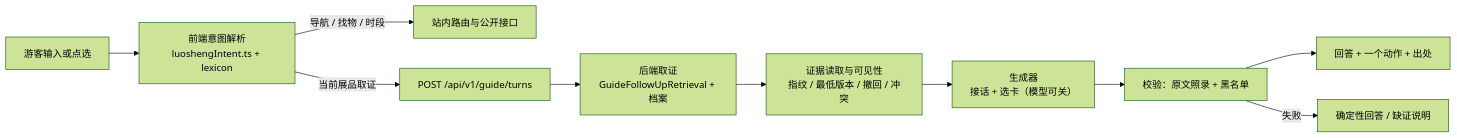
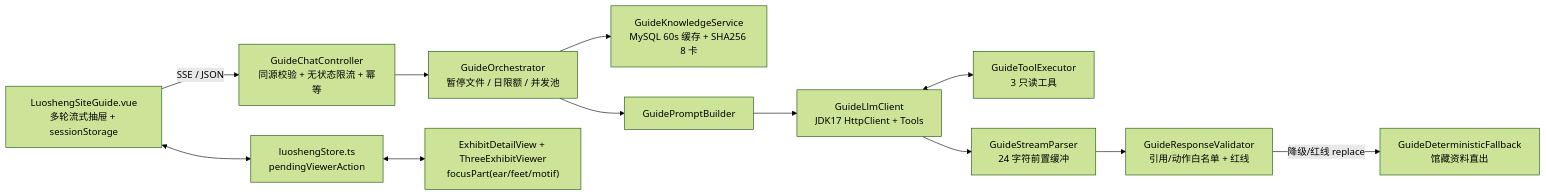
One commit to DiandianDD-996/heluo-digital-museum changed the diagram in docs/luosheng/README.md. Above: the diagram before and after it, drawn with Mermaid (forest theme). The commit also changed other lines of this file and 245 other files, not shown here.

Commit message:
feat: ship Heluo Editorial 2.0, Luosheng guide v2, and hero magnetic dot matrix

````diff
--- a/docs/luosheng/README.md
+++ b/docs/luosheng/README.md
@@ -32,12 +30,14 @@
 ```mermaid
 flowchart LR
-    Q["游客输入或点选"] --> I["前端意图解析<br/>luoshengIntent.ts + lexicon"]
-    I -->|导航 / 找物 / 时段| N["站内路由与公开接口"]
-    I -->|当前展品取证| T["POST /api/v1/guide/turns"]
-    T --> R["后端取证<br/>GuideFollowUpRetrieval + 档案"]
-    R --> E["证据读取与可见性<br/>指纹 / 最低版本 / 撤回 / 冲突"]
-    E --> G["生成器<br/>接话 + 选卡（模型可关）"]
-    G --> V["校验：原文照录 + 黑名单"]
-    V --> A["回答 + 一个动作 + 出处"]
-    V -->|失败| F["确定性回答 / 缺证说明"]
+    UI["LuoshengSiteGuide.vue<br/>多轮流式抽屉 + sessionStorage"] -->|"SSE / JSON"| Ctrl["GuideChatController<br/>同源校验 + 无状态限流 + 幂等"]
+    Ctrl --> Orch["GuideOrchestrator<br/>暂停文件 / 日限额 / 并发池"]
+    Orch --> KB["GuideKnowledgeService<br/>MySQL 60s 缓存 + SHA256 8 卡"]
+    Orch --> Prompt["GuidePromptBuilder"]
+    Prompt --> LLM["GuideLlmClient<br/>JDK17 HttpClient + Tools"]
+    LLM <--> Tools["GuideToolExecutor<br/>3 只读工具"]
+    LLM --> Parser["GuideStreamParser<br/>24 字符前置缓冲"]
+    Parser --> Val["GuideResponseValidator<br/>引用/动作白名单 + 红线"]
+    Val -->|"降级/红线 replace"| FB["GuideDeterministicFallback<br/>馆藏资料直出"]
+    UI <--> Store["luoshengStore.ts<br/>pendingViewerAction"]
+    Store <--> Viewer["ExhibitDetailView + ThreeExhibitViewer<br/>focusPart(ear/feet/motif)"]
 ```
````
